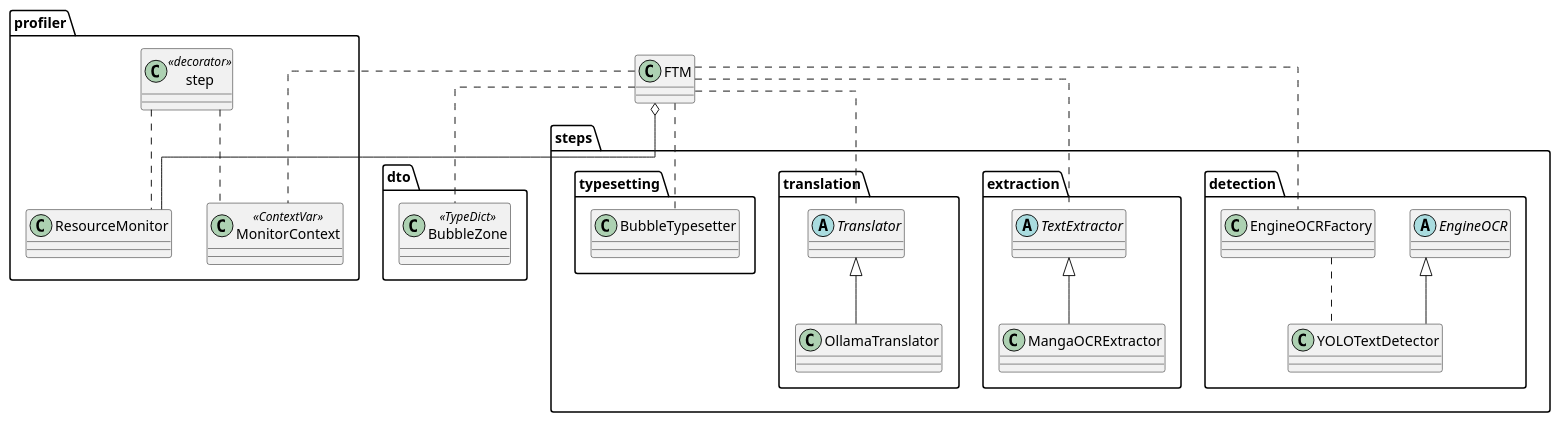
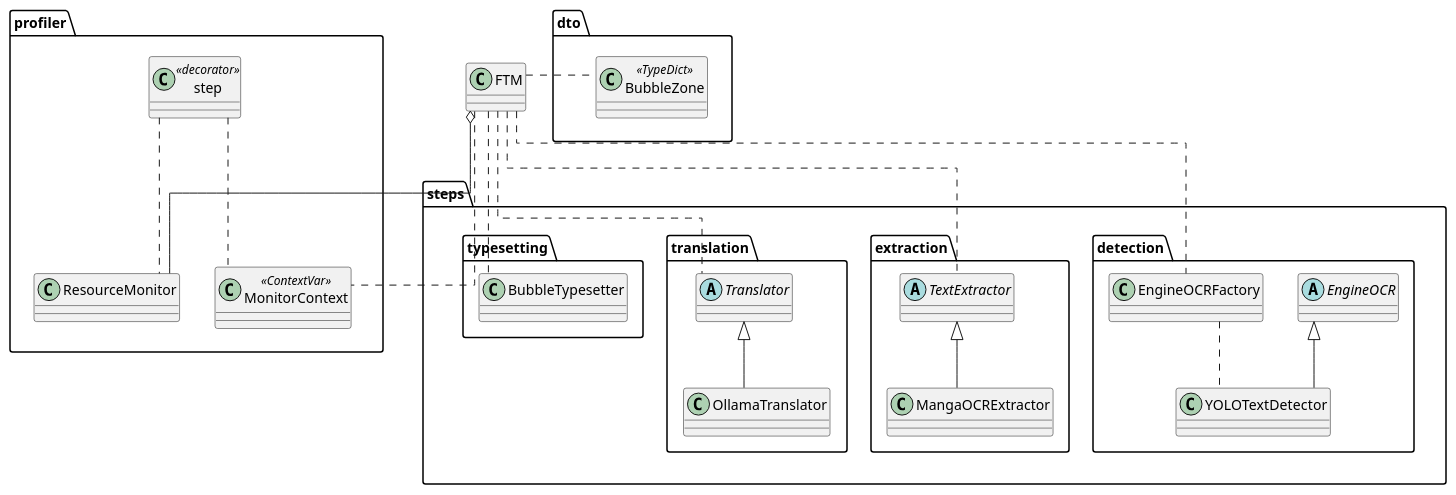
Before and after one commit to Chipskein/ftm: the diagram in docs/diagrams/class-refactor.pu, drawn with PlantUML.

Commit message:
ajustar class-refactor

```diff
--- a/docs/diagrams/class-refactor.pu
+++ b/docs/diagrams/class-refactor.pu
@@ -1,57 +1,61 @@
 @startuml
 skinparam LineType Ortho
 
 class FTM
 
-package "profiler" {
+package "profiler" as profiler {
     class ResourceMonitor
     class MonitorContext <<ContextVar>>
     class step <<decorator>>
 }
 
-package "dto" {
+package "dto" as dto {
     class BubbleZone <<TypeDict>>
 }
 
-package "steps" {
+package "steps" as steps {
     package "detection" {
         abstract class EngineOCR
         class EngineOCRFactory
         class YOLOTextDetector extends EngineOCR
     }
 
     package "extraction" {
         abstract class TextExtractor
         class MangaOCRExtractor extends TextExtractor
     }
 
     package "translation" {
         abstract class Translator
         class OllamaTranslator extends Translator
     }
 
     package "typesetting" {
         class BubbleTypesetter
     }
 }
 
 
 ' Relações de Orquestração
 
 FTM o-- ResourceMonitor
 FTM .. MonitorContext
 FTM .. BubbleZone
 
 ' Relações de Profiling
 step .. MonitorContext
 step .. ResourceMonitor
 
 ' Relações de Execução (Dependency Injection/Usage)
 FTM .. EngineOCRFactory
 FTM .. TextExtractor
 FTM .. Translator
 FTM .. BubbleTypesetter
 
 EngineOCRFactory .. YOLOTextDetector
 
+steps -[hidden]up- dto
+steps -[hidden]up- profiler
+dto -[hidden]right- FTM
+profiler -[hidden]left- FTM
 @enduml
```
